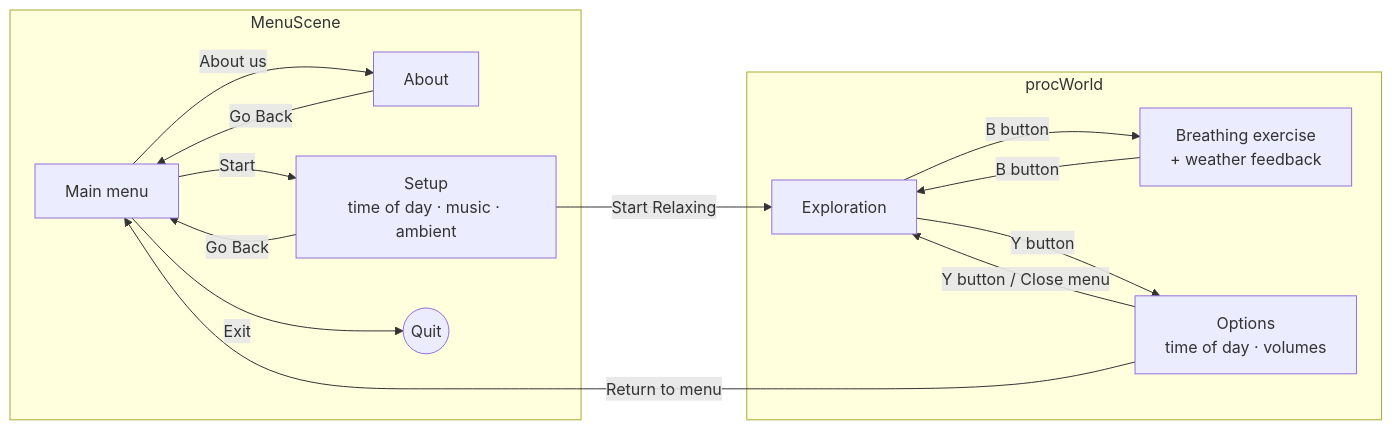
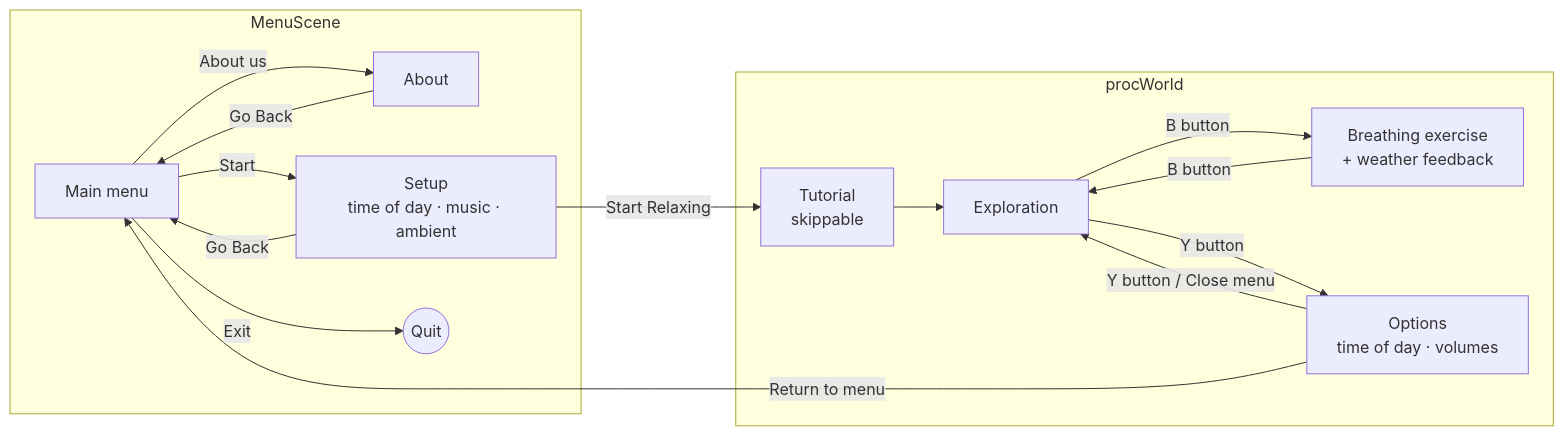
The diagram in README.md (JpSotoSanchez/CalmWoods), drawn with Mermaid before and after one commit. The commit also changed other lines of this file and 5 other files, not shown here.

````diff
--- a/README.md
+++ b/README.md
@@ -63,18 +72,19 @@
 ```mermaid
 flowchart LR
     subgraph MenuScene
         A[Main menu] -->|About us| B[About]
         B -->|Go Back| A
         A -->|Start| C[Setup<br/>time of day · music · ambient]
         C -->|Go Back| A
         A -->|Exit| X((Quit))
     end
     subgraph procWorld
-        D[Exploration] -->|B button| E[Breathing exercise<br/>+ weather feedback]
+        T[Tutorial<br/>skippable] --> D[Exploration]
+        D -->|B button| E[Breathing exercise<br/>+ weather feedback]
         E -->|B button| D
         D -->|Y button| F[Options<br/>time of day · volumes]
         F -->|Y button / Close menu| D
     end
-    C -->|Start Relaxing| D
+    C -->|Start Relaxing| T
     F -->|Return to menu| A
 ```
````
